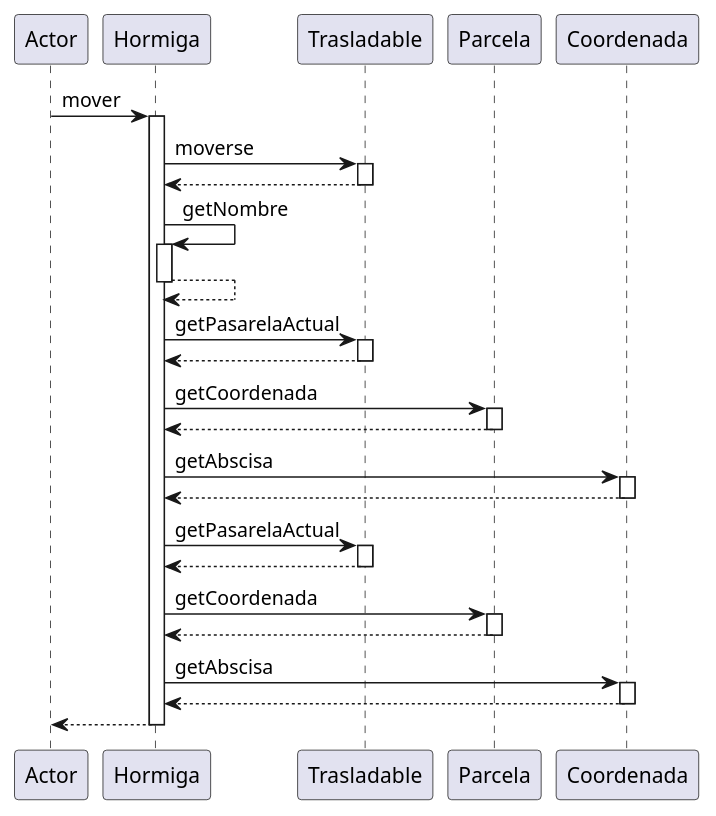
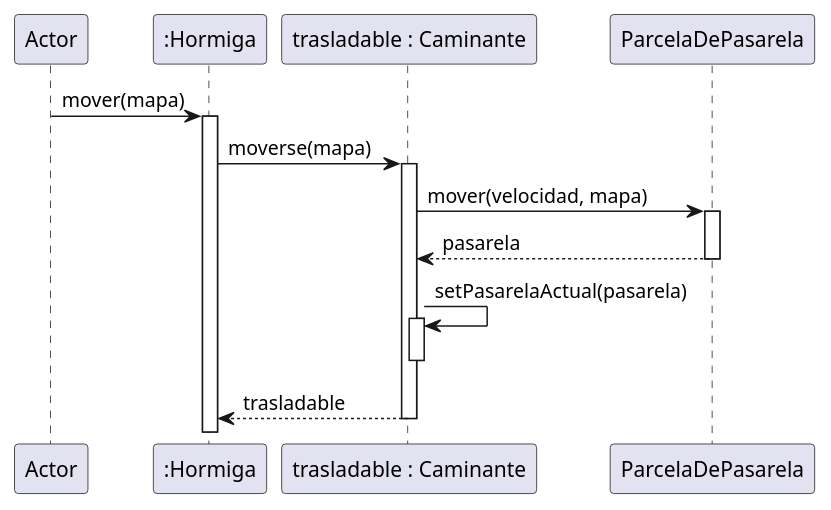
Before and after one commit to juanignaciogiacobbe/AlgoDefense_TP2: the diagram in diagrams/sequences/04Hormiga_mover.puml, drawn with PlantUML. The commit also changed 10 other files, not shown here.

Commit message:
actualizacion diagramas de secuencia

```diff
--- a/diagrams/sequences/04Hormiga_mover.puml
+++ b/diagrams/sequences/04Hormiga_mover.puml
@@ -1,38 +1,16 @@
 @startuml
 participant Actor
-Actor -> Hormiga : mover
-activate Hormiga
-Hormiga -> Trasladable : moverse
-activate Trasladable
-Trasladable --> Hormiga
-deactivate Trasladable
-Hormiga -> Hormiga : getNombre
-activate Hormiga
-Hormiga --> Hormiga
-deactivate Hormiga
-Hormiga -> Trasladable : getPasarelaActual
-activate Trasladable
-Trasladable --> Hormiga
-deactivate Trasladable
-Hormiga -> Parcela : getCoordenada
-activate Parcela
-Parcela --> Hormiga
-deactivate Parcela
-Hormiga -> Coordenada : getAbscisa
-activate Coordenada
-Coordenada --> Hormiga
-deactivate Coordenada
-Hormiga -> Trasladable : getPasarelaActual
-activate Trasladable
-Trasladable --> Hormiga
-deactivate Trasladable
-Hormiga -> Parcela : getCoordenada
-activate Parcela
-Parcela --> Hormiga
-deactivate Parcela
-Hormiga -> Coordenada : getAbscisa
-activate Coordenada
-Coordenada --> Hormiga
-deactivate Coordenada
-return
+Actor -> ":Hormiga" : mover(mapa)
+activate ":Hormiga"
+":Hormiga" -> "trasladable : Caminante" : moverse(mapa)
+activate "trasladable : Caminante"
+"trasladable : Caminante" -> ParcelaDePasarela: mover(velocidad, mapa)
+activate ParcelaDePasarela
+ParcelaDePasarela --> "trasladable : Caminante" : pasarela
+deactivate ParcelaDePasarela
+"trasladable : Caminante" -> "trasladable : Caminante" : setPasarelaActual(pasarela)
+activate "trasladable : Caminante"
+deactivate "trasladable : Caminante"
+"trasladable : Caminante" --> ":Hormiga" : trasladable
+deactivate "trasladable : Caminante"
 @enduml
```
